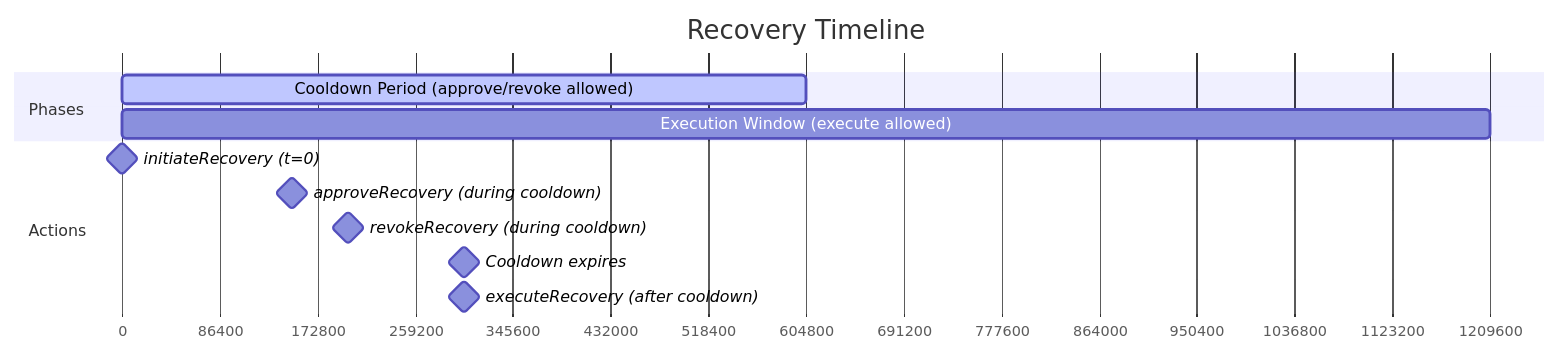
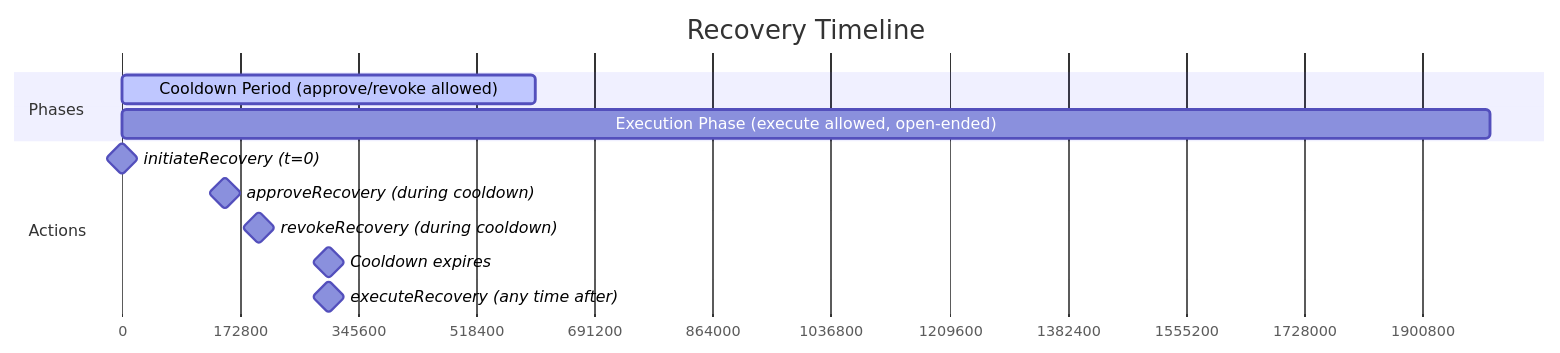
The seventh of 7 diagrams in README.md (aboutcircles/circles-social-recovery), drawn with Mermaid before and after one commit. The commit also changed other lines of this file, not shown here.

````diff
--- a/README.md
+++ b/README.md
@@ -289,17 +302,17 @@
 ```mermaid
 gantt
     title Recovery Timeline
     dateFormat X
     axisFormat %s
 
     section Phases
     Cooldown Period (approve/revoke allowed) :active, cooldown, 0, 604800
-    Execution Window (execute allowed)       :exec, 604800, 1209600
+    Execution Phase (execute allowed, open-ended) :exec, 604800, 2000000
 
     section Actions
     initiateRecovery (t=0)             :milestone, m1, 0, 0
     approveRecovery (during cooldown)  :milestone, m2, 300000, 300000
     revokeRecovery (during cooldown)   :milestone, m3, 400000, 400000
     Cooldown expires                   :milestone, m4, 604800, 604800
-    executeRecovery (after cooldown)   :milestone, m5, 604801, 604801
+    executeRecovery (any time after)   :milestone, m5, 604801, 604801
 ```
````
